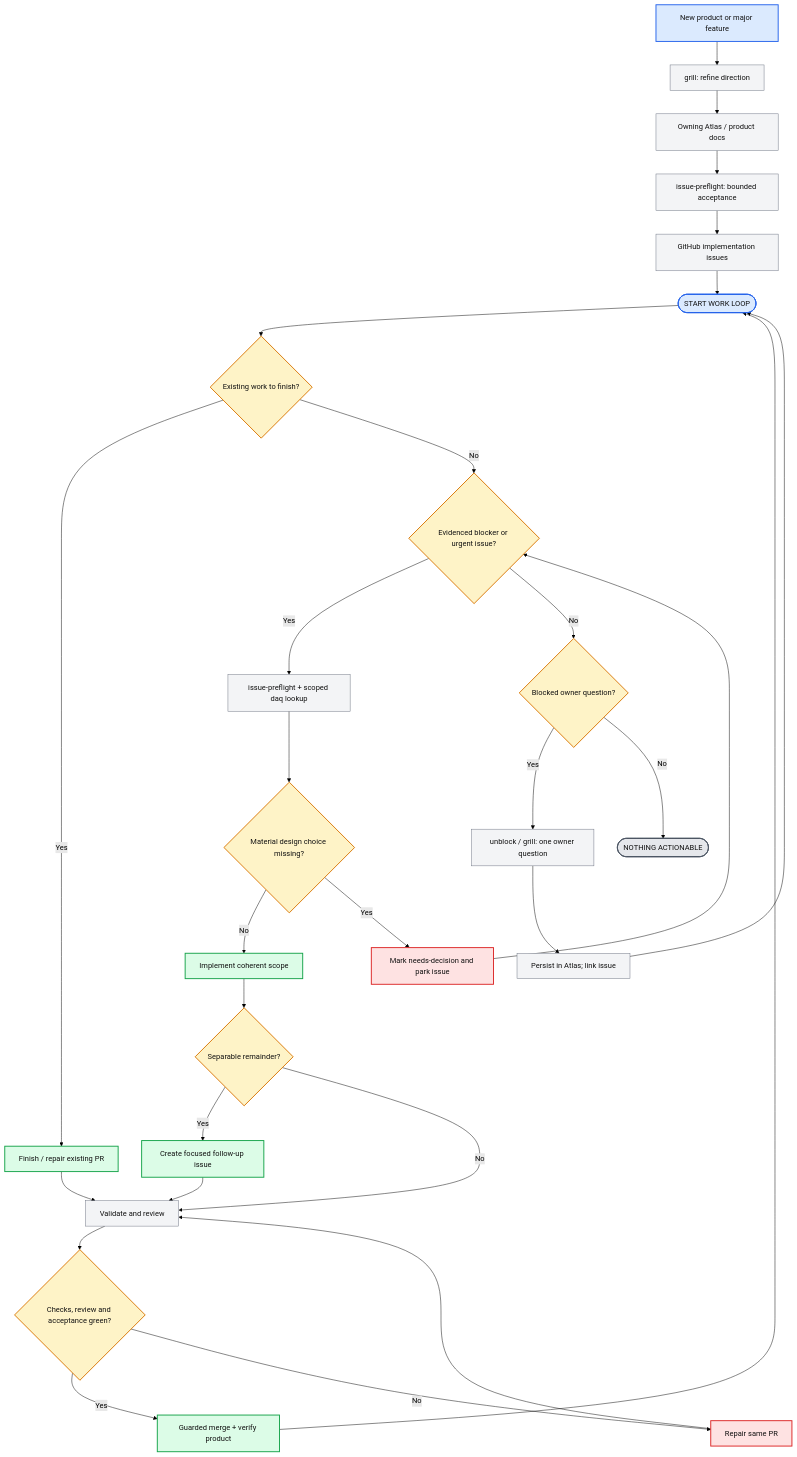
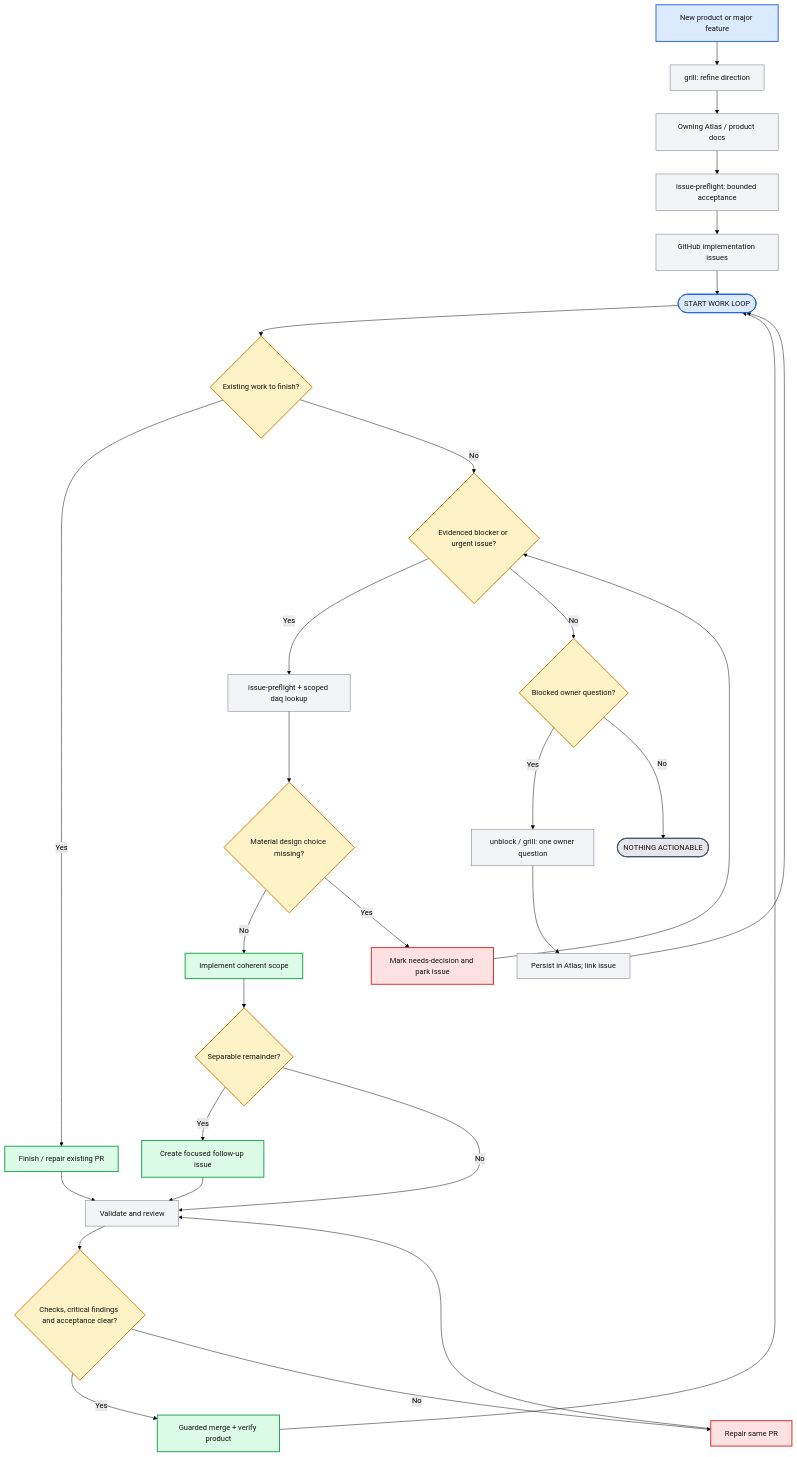
Before and after one commit to moritzbrantner/dotfiles: the diagram in README.md, drawn with Mermaid (forest theme). The commit also changed other lines of this file and 4 other files, not shown here.

````diff
--- a/README.md
+++ b/README.md
@@ -102,40 +106,40 @@
 ```mermaid
 flowchart TD
     IDEA[New product or major feature]:::start --> GRILL[grill: refine direction]:::action
     GRILL --> ATLAS[Owning Atlas / product docs]:::action
     ATLAS --> PREFLIGHT[issue-preflight: bounded acceptance]:::action
     PREFLIGHT --> ISSUES[GitHub implementation issues]:::action
     ISSUES --> START([START WORK LOOP]):::start
 
     START --> EXISTING{Existing work to finish?}:::question
     EXISTING -->|Yes| FINISH[Finish / repair existing PR]:::yes
     FINISH --> VERIFY[Validate and review]:::action
     EXISTING -->|No| ISSUE{Evidenced blocker or urgent issue?}:::question
     ISSUE -->|Yes| INTENT[issue-preflight + scoped daq lookup]:::action
     INTENT --> GAP{Material design choice missing?}:::question
     GAP -->|No| IMPLEMENT[Implement coherent scope]:::yes
     GAP -->|Yes| BLOCK[Mark needs-decision and park issue]:::no
     BLOCK --> ISSUE
     DECISION -->|Yes| ASK[unblock / grill: one owner question]:::action
     ISSUE -->|No| DECISION{Blocked owner question?}:::question
     DECISION -->|No| DONE([NOTHING ACTIONABLE]):::stop
     ASK --> RECORD[Persist in Atlas; link issue]:::action
     RECORD --> START
 
     IMPLEMENT --> EXTRA{Separable remainder?}:::question
     EXTRA -->|Yes| FOLLOWUP[Create focused follow-up issue]:::yes
     EXTRA -->|No| VERIFY
     FOLLOWUP --> VERIFY
-    VERIFY --> PASS{Checks, review and acceptance green?}:::question
+    VERIFY --> PASS{Checks, critical findings and acceptance clear?}:::question
     PASS -->|Yes| MERGE[Guarded merge + verify product]:::yes
     PASS -->|No| FIX[Repair same PR]:::no
     FIX --> VERIFY
     MERGE --> START
 
     classDef start fill:#dbeafe,stroke:#2563eb,stroke-width:2px,color:#111;
     classDef stop fill:#e5e7eb,stroke:#4b5563,stroke-width:2px,color:#111;
     classDef question fill:#fef3c7,stroke:#d97706,stroke-width:2px,color:#111;
     classDef yes fill:#dcfce7,stroke:#16a34a,stroke-width:2px,color:#111;
     classDef no fill:#fee2e2,stroke:#dc2626,stroke-width:2px,color:#111;
     classDef action fill:#f3f4f6,stroke:#6b7280,stroke-width:1px,color:#111;
 ```
````
